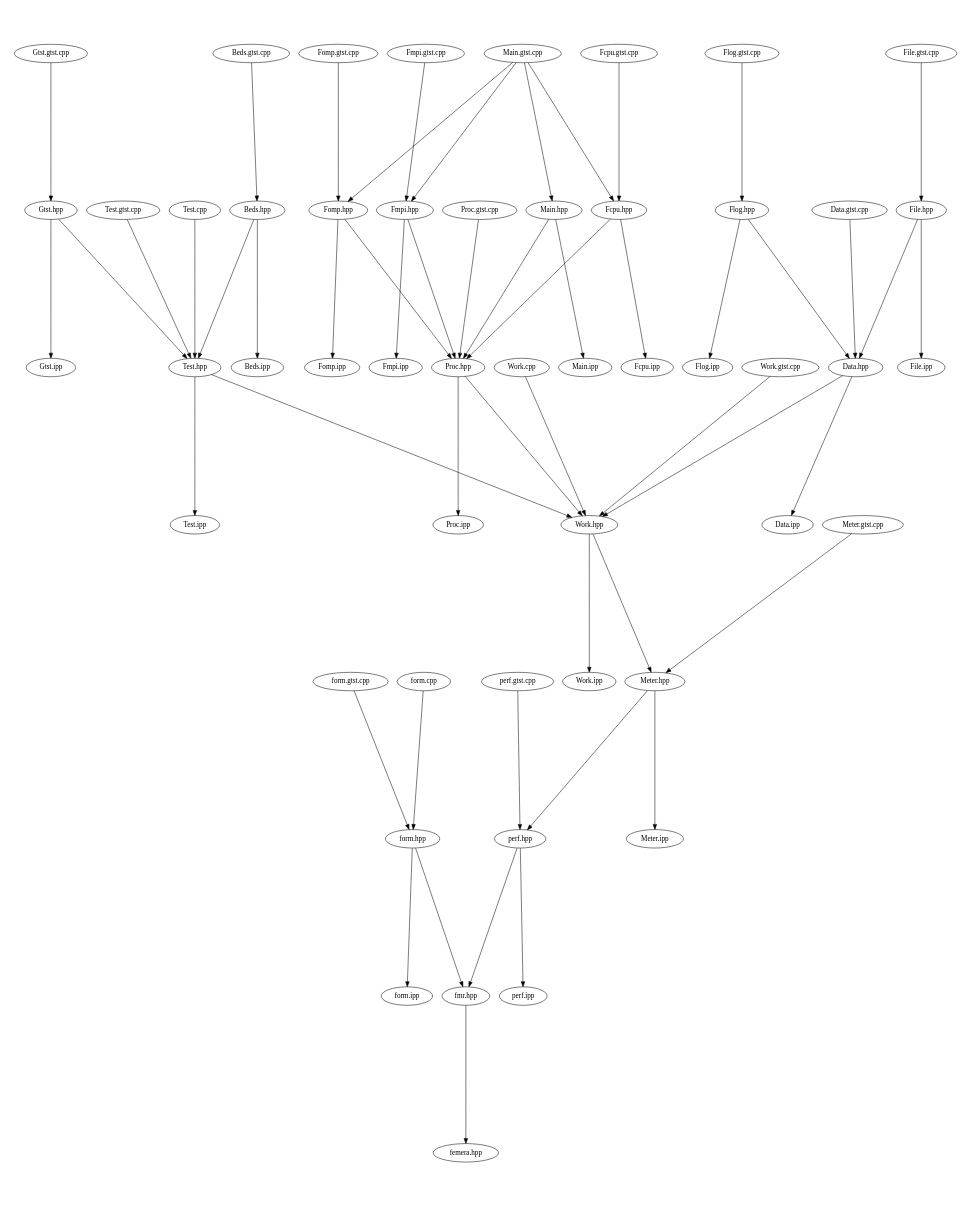
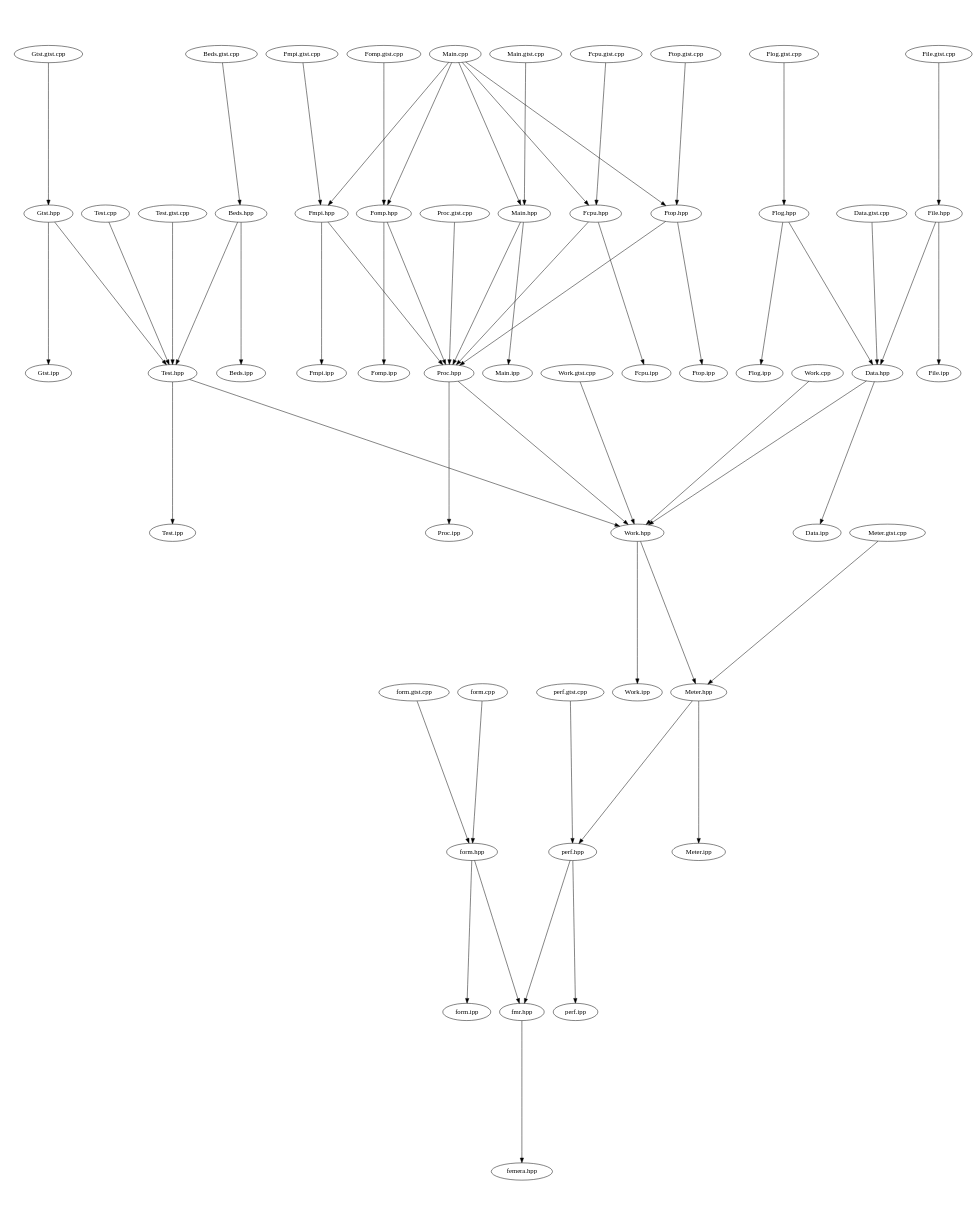
Before and after one commit to waggyz/femera-mini-app: the diagram in src/docs/src.dot, drawn with Graphviz. The commit also changed 16 other files, not shown here.

Commit message:
added femera::proc::Ftop class

```diff
--- a/src/docs/src.dot
+++ b/src/docs/src.dot
@@ -1,60 +1,65 @@
 digraph "source tree" {
     overlap=scale;
     size="8,10";
     ratio="fill";
     fontsize="16";
     fontname="Helvetica";
 	clusterrank="local";
 	"Meter.hpp" -> "perf.hpp"
+	"Main.cpp" -> "Fomp.hpp"
 	"Fomp.hpp" -> "Fomp.ipp"
 	"Gtst.hpp" -> "Gtst.ipp"
 	"Test.gtst.cpp" -> "Test.hpp"
-	"Main.gtst.cpp" -> "Fmpi.hpp"
 	"Fmpi.hpp" -> "Fmpi.ipp"
 	"form.cpp" -> "form.hpp"
 	"Flog.gtst.cpp" -> "Flog.hpp"
 	"Fmpi.gtst.cpp" -> "Fmpi.hpp"
-	"Main.gtst.cpp" -> "Fcpu.hpp"
 	"perf.hpp" -> "perf.ipp"
+	"Main.cpp" -> "Main.hpp"
 	"Fcpu.hpp" -> "Fcpu.ipp"
 	"File.gtst.cpp" -> "File.hpp"
 	"perf.gtst.cpp" -> "perf.hpp"
+	"Ftop.gtst.cpp" -> "Ftop.hpp"
 	"Work.cpp" -> "Work.hpp"
 	"Main.hpp" -> "Main.ipp"
 	"Proc.hpp" -> "Proc.ipp"
 	"Test.cpp" -> "Test.hpp"
+	"Main.cpp" -> "Fmpi.hpp"
+	"Main.cpp" -> "Fcpu.hpp"
+	"Ftop.hpp" -> "Ftop.ipp"
 	"perf.hpp" -> "fmr.hpp"
 	"Data.gtst.cpp" -> "Data.hpp"
 	"Beds.gtst.cpp" -> "Beds.hpp"
+	"Ftop.hpp" -> "Proc.hpp"
 	"Data.hpp" -> "Data.ipp"
 	"File.hpp" -> "Data.hpp"
 	"Fomp.gtst.cpp" -> "Fomp.hpp"
 	"form.gtst.cpp" -> "form.hpp"
 	"Proc.gtst.cpp" -> "Proc.hpp"
 	"Work.hpp" -> "Work.ipp"
-	"Fmpi.hpp" -> "Proc.hpp"
+	"Main.cpp" -> "Ftop.hpp"
 	"Meter.gtst.cpp" -> "Meter.hpp"
 	"Test.hpp" -> "Work.hpp"
+	"Fmpi.hpp" -> "Proc.hpp"
 	"Beds.hpp" -> "Test.hpp"
 	"Gtst.gtst.cpp" -> "Gtst.hpp"
 	"fmr.hpp" -> "femera.hpp"
 	"form.hpp" -> "form.ipp"
 	"form.hpp" -> "fmr.hpp"
 	"Proc.hpp" -> "Work.hpp"
 	"Gtst.hpp" -> "Test.hpp"
 	"Fcpu.gtst.cpp" -> "Fcpu.hpp"
 	"Data.hpp" -> "Work.hpp"
 	"Beds.hpp" -> "Beds.ipp"
 	"Work.hpp" -> "Meter.hpp"
-	"Main.gtst.cpp" -> "Fomp.hpp"
 	"Main.gtst.cpp" -> "Main.hpp"
 	"Fcpu.hpp" -> "Proc.hpp"
 	"Work.gtst.cpp" -> "Work.hpp"
 	"Fomp.hpp" -> "Proc.hpp"
 	"Flog.hpp" -> "Data.hpp"
 	"Main.hpp" -> "Proc.hpp"
 	"File.hpp" -> "File.ipp"
 	"Flog.hpp" -> "Flog.ipp"
 	"Meter.hpp" -> "Meter.ipp"
 	"Test.hpp" -> "Test.ipp"
 }
```
